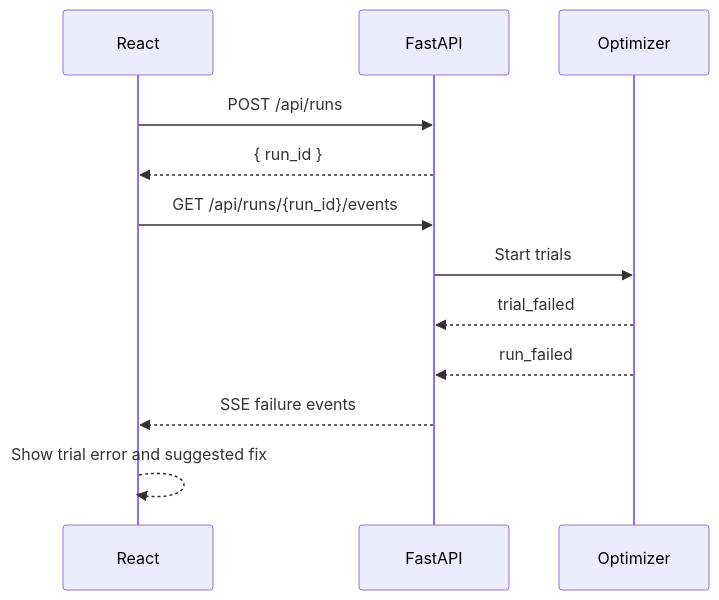
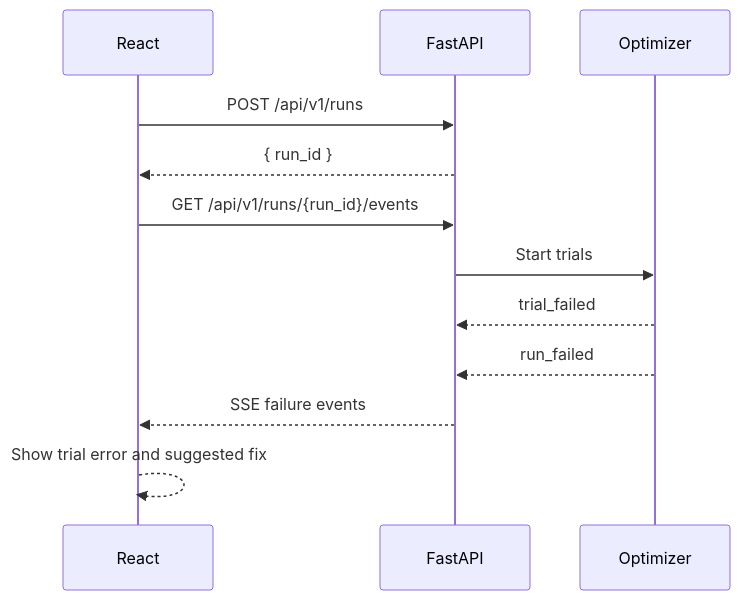
Before and after one commit to ayhaidar/pspso: the third of 3 diagrams in docs/dashboard/frontend-backend-link.md, drawn with Mermaid. The commit also changed other lines of this file and 178 other files, not shown here.

````diff
--- a/docs/dashboard/frontend-backend-link.md
+++ b/docs/dashboard/frontend-backend-link.md
@@ -58,15 +62,15 @@
 ```mermaid
 sequenceDiagram
     participant React
     participant FastAPI
     participant Optimizer
 
-    React->>FastAPI: POST /api/runs
+    React->>FastAPI: POST /api/v1/runs
     FastAPI-->>React: { run_id }
-    React->>FastAPI: GET /api/runs/{run_id}/events
+    React->>FastAPI: GET /api/v1/runs/{run_id}/events
     FastAPI->>Optimizer: Start trials
     Optimizer-->>FastAPI: trial_failed
     Optimizer-->>FastAPI: run_failed
     FastAPI-->>React: SSE failure events
     React-->>React: Show trial error and suggested fix
 ```
````
